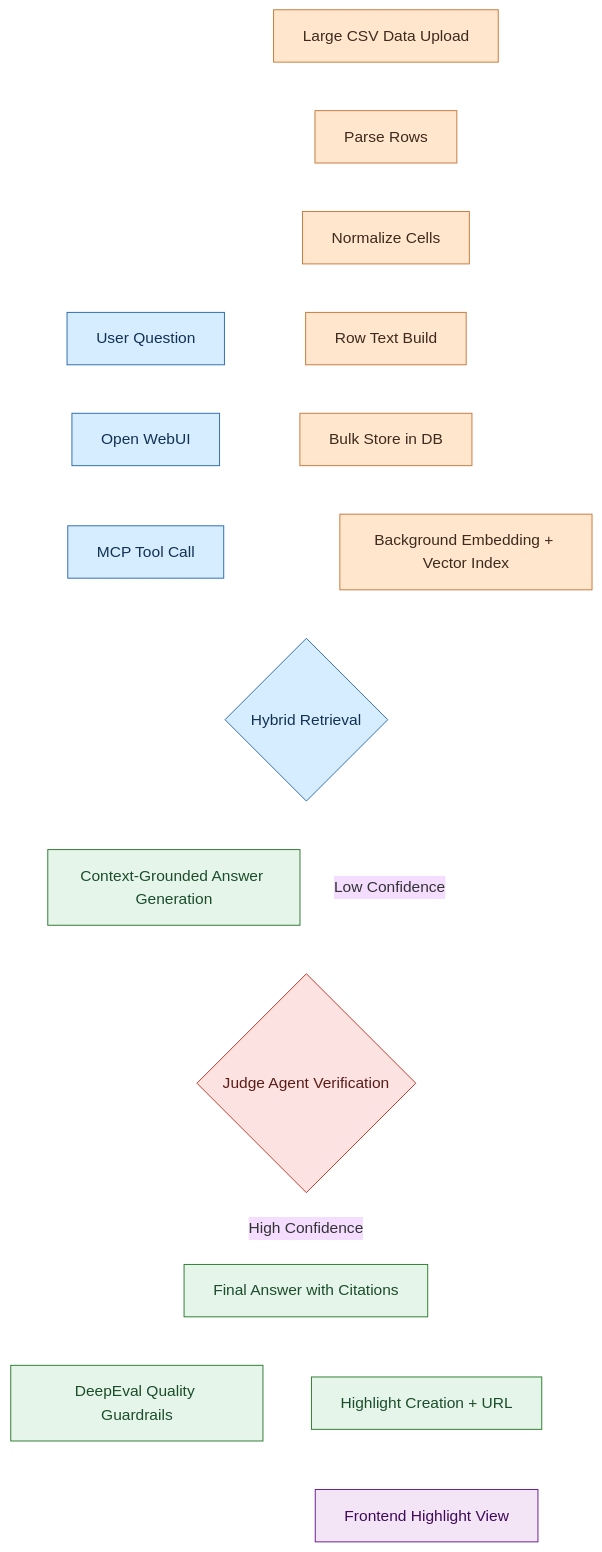
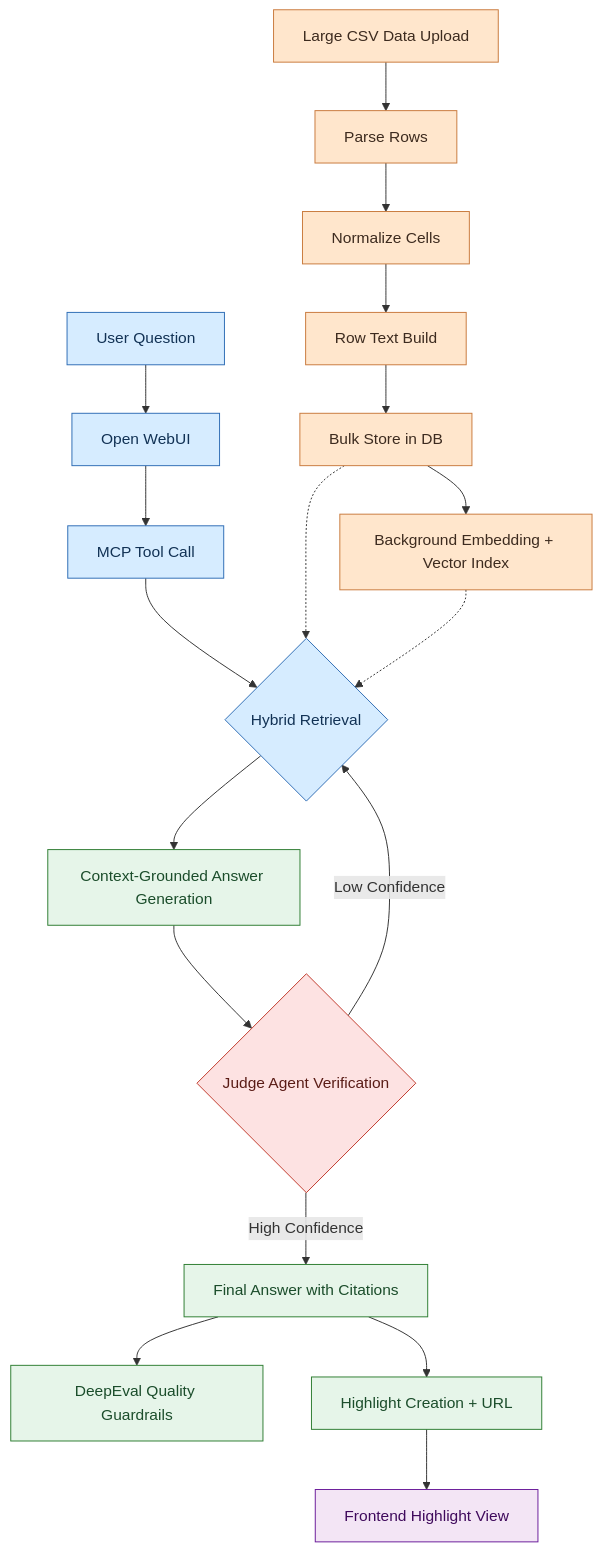
One commit to msamanthaf/TabulaRAG changed the diagram in README.md. Above: the diagram before and after it, drawn with Mermaid. The commit also changed other lines of this file, not shown here.

````diff
--- a/README.md
+++ b/README.md
@@ -69,35 +83,34 @@
 ```mermaid
-%%{init: {'theme': 'base', 'themeVariables': { 'background': 'transparent' }}}%%
 graph TD
   A[Large CSV Data Upload] --> B[Parse Rows]
   B --> C[Normalize Cells]
   C --> D[Row Text Build]
   D --> E[Bulk Store in DB]
   E --> F[Background Embedding + Vector Index]
 
   Q[User Question] --> W[Open WebUI]
   W --> M[MCP Tool Call]
   M --> R{Hybrid Retrieval}
   E -.-> R
   F -.-> R
   R --> G[Context-Grounded Answer Generation]
   G --> H{Judge Agent Verification}
   H -- Low Confidence --> R
   H -- High Confidence --> I[Final Answer with Citations]
   I --> J[DeepEval Quality Guardrails]
   I --> K[Highlight Creation + URL]
   K --> L[Frontend Highlight View]
 
   classDef ingest fill:#FFE6CC,stroke:#C97A3D,color:#3D2B1F;
   classDef retrieval fill:#D6ECFF,stroke:#2F6DB5,color:#123255;
   classDef answer fill:#E6F5E9,stroke:#2E7D32,color:#1B4D2B;
   classDef verify fill:#FDE2E2,stroke:#C0392B,color:#5A1C16;
   classDef ui fill:#F3E5F5,stroke:#6A1B9A,color:#3F0A5C;
 
   class A,B,C,D,E,F ingest;
   class Q,W,M,R retrieval;
   class G,I,J,K answer;
   class H verify;
   class L ui;
 
 ```
````
